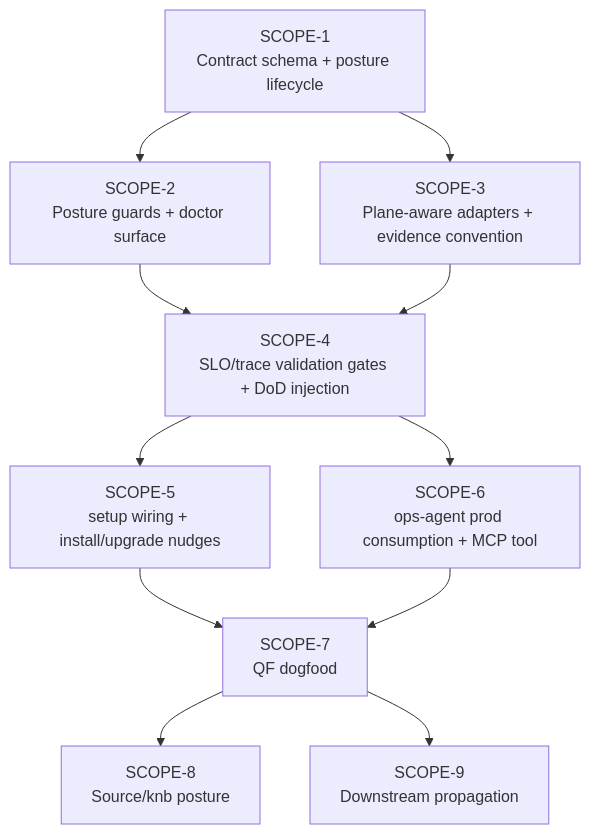
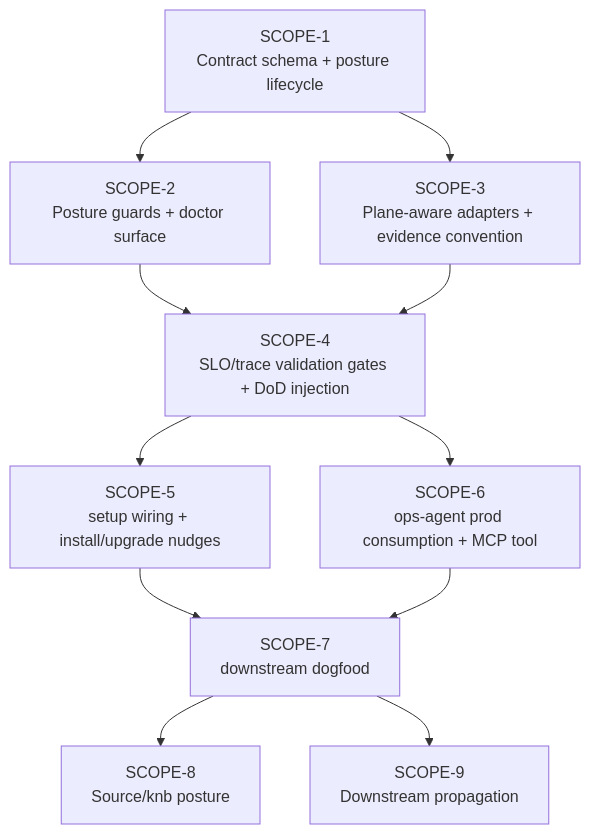
One commit to pkirsanov/bubbles changed the diagram in improvements/IMP-001-observability-first-class.md. Above: the diagram before and after it, drawn with Mermaid. The commit also changed other lines of this file and 16 other files, not shown here.

````diff
--- a/improvements/IMP-001-observability-first-class.md
+++ b/improvements/IMP-001-observability-first-class.md
@@ -455,13 +455,13 @@
 ```mermaid
 flowchart TD
   S1[SCOPE-1<br/>Contract schema + posture lifecycle] --> S2[SCOPE-2<br/>Posture guards + doctor surface]
   S1 --> S3[SCOPE-3<br/>Plane-aware adapters + evidence convention]
   S2 --> S4[SCOPE-4<br/>SLO/trace validation gates + DoD injection]
   S3 --> S4
   S4 --> S5[SCOPE-5<br/>setup wiring + install/upgrade nudges]
   S4 --> S6[SCOPE-6<br/>ops-agent prod consumption + MCP tool]
-  S5 --> S7[SCOPE-7<br/>QF dogfood]
+  S5 --> S7[SCOPE-7<br/>downstream dogfood]
   S6 --> S7
   S7 --> S8[SCOPE-8<br/>Source/knb posture]
   S7 --> S9[SCOPE-9<br/>Downstream propagation]
 ```
````
